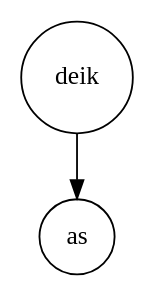
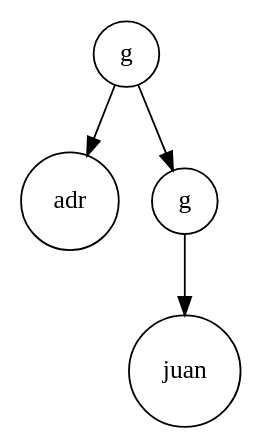
Before and after one commit to Brandon22023/-EDD-Proyecto1_202300813: the diagram in Proyecto1/cmake-build-debug/arbolAVL.dot, drawn with Graphviz. The commit also changed 15 other files, not shown here.

```diff
--- a/Proyecto1/cmake-build-debug/arbolAVL.dot
+++ b/Proyecto1/cmake-build-debug/arbolAVL.dot
@@ -1,7 +1,11 @@
 digraph G {
 	node [shape = circle];
-	n0[label="deik"];
+	n0[label="g"];
 	n0 -> n1;
-	n1[label="as"];
+	n1[label="adr"];
+	n0 -> n2;
+	n2[label="g"];
+	n2 -> n3;
+	n3[label="juan"];
 	
 }
```
